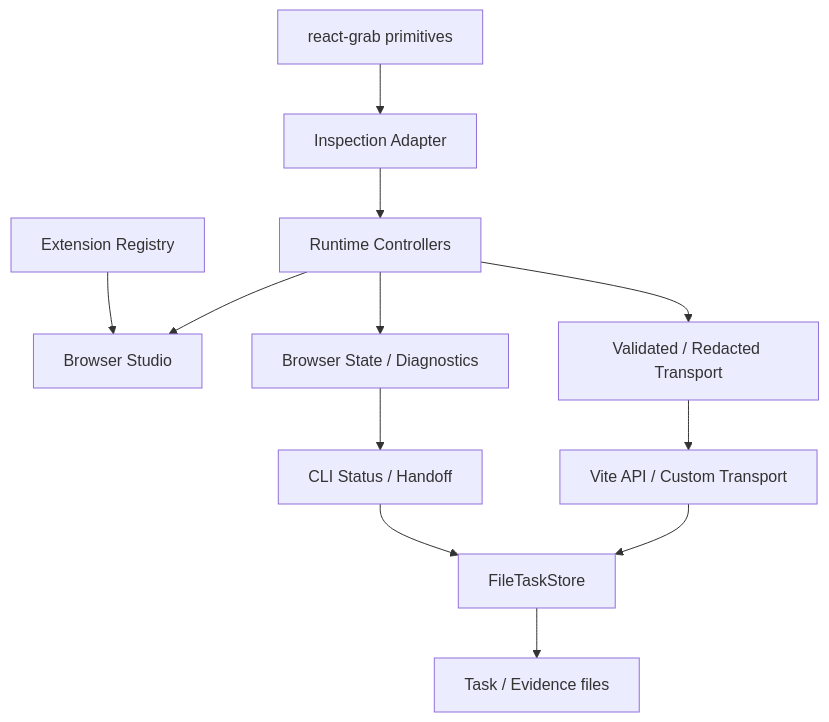
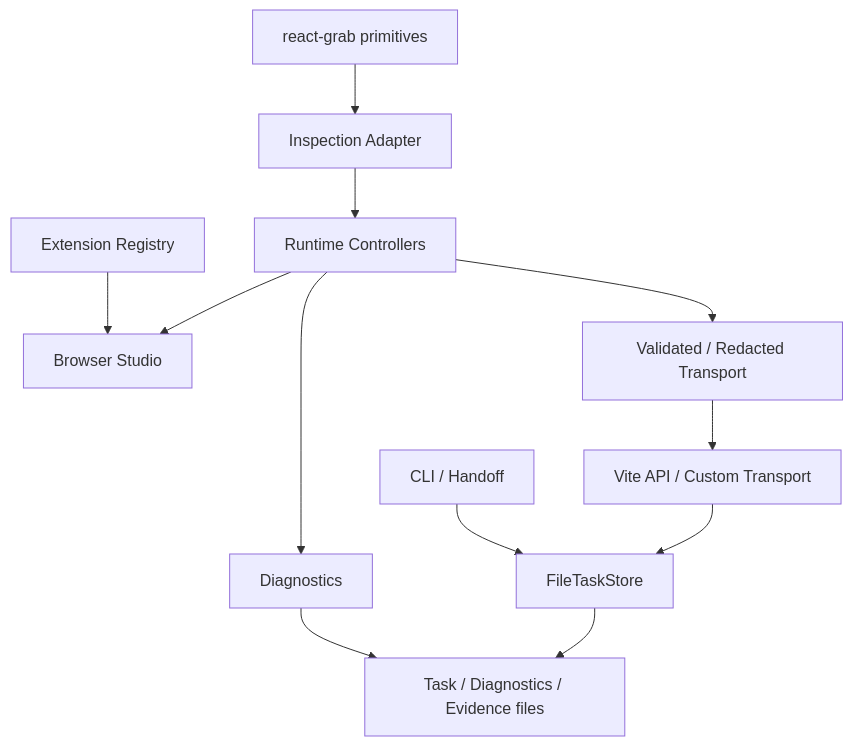
The first of 2 diagrams in docs/architecture.md (gchust/agent-annotations), drawn with Mermaid before and after one commit. The commit also changed other lines of this file and 27 other files, not shown here.

````diff
--- a/docs/architecture.md
+++ b/docs/architecture.md
@@ -14,14 +14,14 @@
 ```mermaid
 flowchart TD
     A[react-grab primitives] --> B[Inspection Adapter]
     B --> C[Runtime Controllers]
     C --> D[Browser Studio]
     E[Extension Registry] --> D
     C --> F[Validated / Redacted Transport]
     F --> G[Vite API / Custom Transport]
     G --> H[FileTaskStore]
-    H --> I[Task / Evidence files]
-    C --> J[Browser State / Diagnostics]
-    J --> K[CLI Status / Handoff]
-    K --> H
+    H --> I[Task / Diagnostics / Evidence files]
+    C --> J[Diagnostics]
+    J --> I
+    K[CLI / Handoff] --> H
 ```
````
